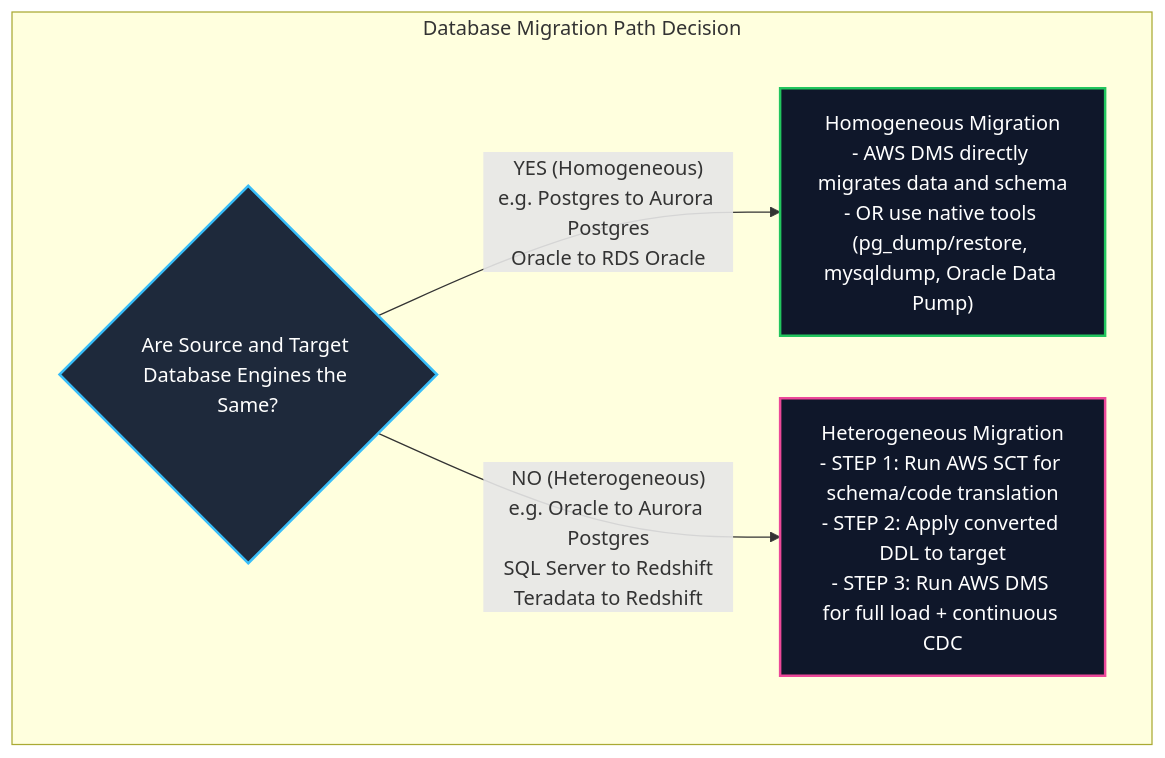
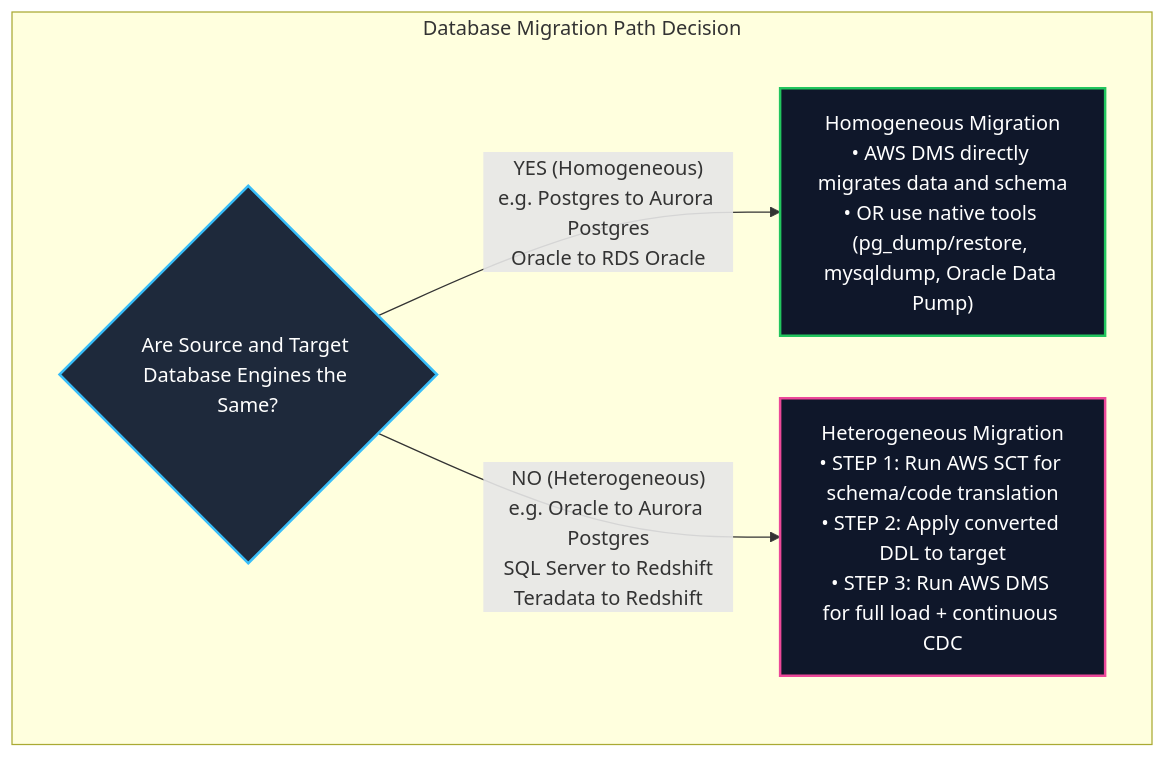
Before and after one commit to Wathon/aws-dea-c01-note: the fourth of 8 diagrams in content/02-services/migration/dms-and-sct.md, drawn with Mermaid. The commit also changed other lines of this file and 19 other files, not shown here.

Commit message:
fix(mermaid): resolve 'Unsupported markdown: list' rendering issues across all diagram node and edge labels

````diff
--- a/content/02-services/migration/dms-and-sct.md
+++ b/content/02-services/migration/dms-and-sct.md
@@ -179,18 +179,18 @@
 ```mermaid
 graph TD
     subgraph Decision["Database Migration Path Decision"]
         EngineComp{Are Source and Target Database Engines the Same?}
         
-        EngineComp -->|"YES (Homogeneous)<br/>e.g. Postgres to Aurora Postgres<br/>Oracle to RDS Oracle"| Homo["Homogeneous Migration<br/>- AWS DMS directly migrates data and schema<br/>- OR use native tools (pg_dump/restore, mysqldump, Oracle Data Pump)"]
+        EngineComp -->|"YES (Homogeneous)<br/>e.g. Postgres to Aurora Postgres<br/>Oracle to RDS Oracle"| Homo["Homogeneous Migration<br/>• AWS DMS directly migrates data and schema<br/>• OR use native tools (pg_dump/restore, mysqldump, Oracle Data Pump)"]
         
-        EngineComp -->|"NO (Heterogeneous)<br/>e.g. Oracle to Aurora Postgres<br/>SQL Server to Redshift<br/>Teradata to Redshift"| Hetero["Heterogeneous Migration<br/>- STEP 1: Run AWS SCT for schema/code translation<br/>- STEP 2: Apply converted DDL to target<br/>- STEP 3: Run AWS DMS for full load + continuous CDC"]
+        EngineComp -->|"NO (Heterogeneous)<br/>e.g. Oracle to Aurora Postgres<br/>SQL Server to Redshift<br/>Teradata to Redshift"| Hetero["Heterogeneous Migration<br/>• STEP 1: Run AWS SCT for schema/code translation<br/>• STEP 2: Apply converted DDL to target<br/>• STEP 3: Run AWS DMS for full load + continuous CDC"]
     end
 
     classDef homo fill:#0f172a,stroke:#22c55e,stroke-width:2px,color:#fff;
     classDef hetero fill:#0f172a,stroke:#ec4899,stroke-width:2px,color:#fff;
     classDef dec fill:#1e293b,stroke:#38bdf8,stroke-width:2px,color:#fff;
 
     class EngineComp dec;
     class Homo homo;
     class Hetero hetero;
 ```
````
